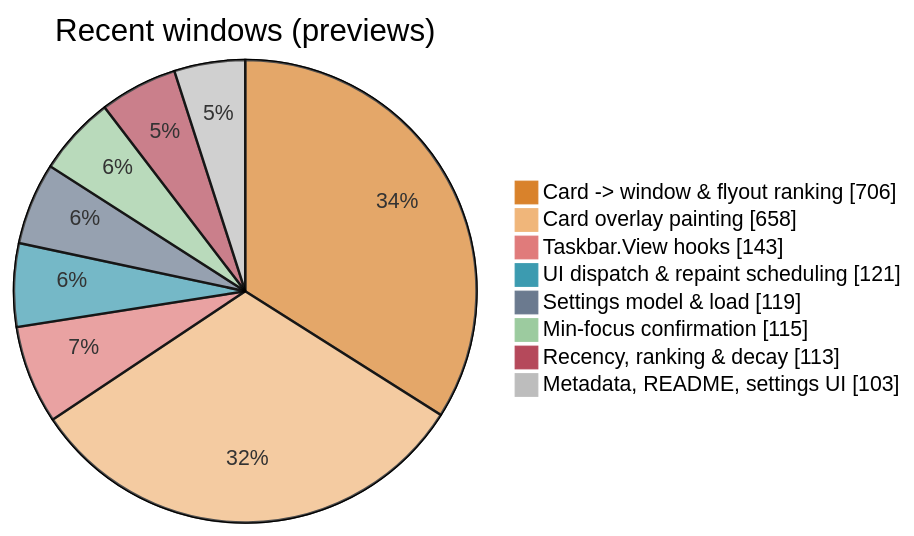
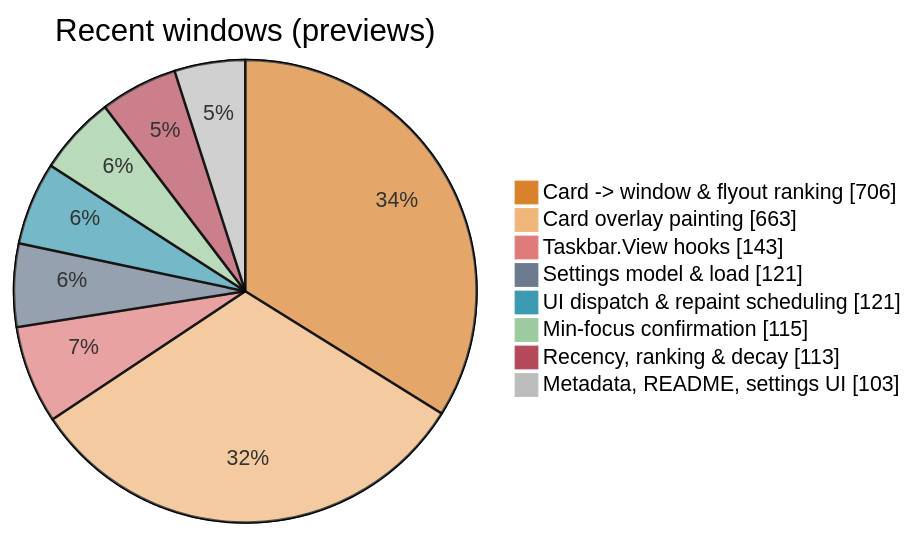
One commit to jvlasek/taskbar-recent-focus-highlight changed the fifth of 5 diagrams in doc/code/code-breakdown.md. Above: the diagram before and after it, drawn with Mermaid. The commit also changed other lines of this file and 8 other files, not shown here.

````diff
--- a/doc/code/code-breakdown.md
+++ b/doc/code/code-breakdown.md
@@ -153,12 +153,12 @@
 ```mermaid
-%%{init: {"themeVariables": {"pie1": "#D9822B", "pie2": "#F0B67A", "pie3": "#E07B7B", "pie4": "#3C9BB0", "pie5": "#6B7A8F", "pie6": "#9CCB9F", "pie7": "#B5495B", "pie8": "#BDBDBD", "pieOuterStrokeWidth": "1px"}}}%%
+%%{init: {"themeVariables": {"pie1": "#D9822B", "pie2": "#F0B67A", "pie3": "#E07B7B", "pie4": "#6B7A8F", "pie5": "#3C9BB0", "pie6": "#9CCB9F", "pie7": "#B5495B", "pie8": "#BDBDBD", "pieOuterStrokeWidth": "1px"}}}%%
 pie showData title Recent windows (previews)
     "Card -> window & flyout ranking" : 706
-    "Card overlay painting" : 658
+    "Card overlay painting" : 663
     "Taskbar.View hooks" : 143
+    "Settings model & load" : 121
     "UI dispatch & repaint scheduling" : 121
-    "Settings model & load" : 119
     "Min-focus confirmation" : 115
     "Recency, ranking & decay" : 113
     "Metadata, README, settings UI" : 103
 ```
````
